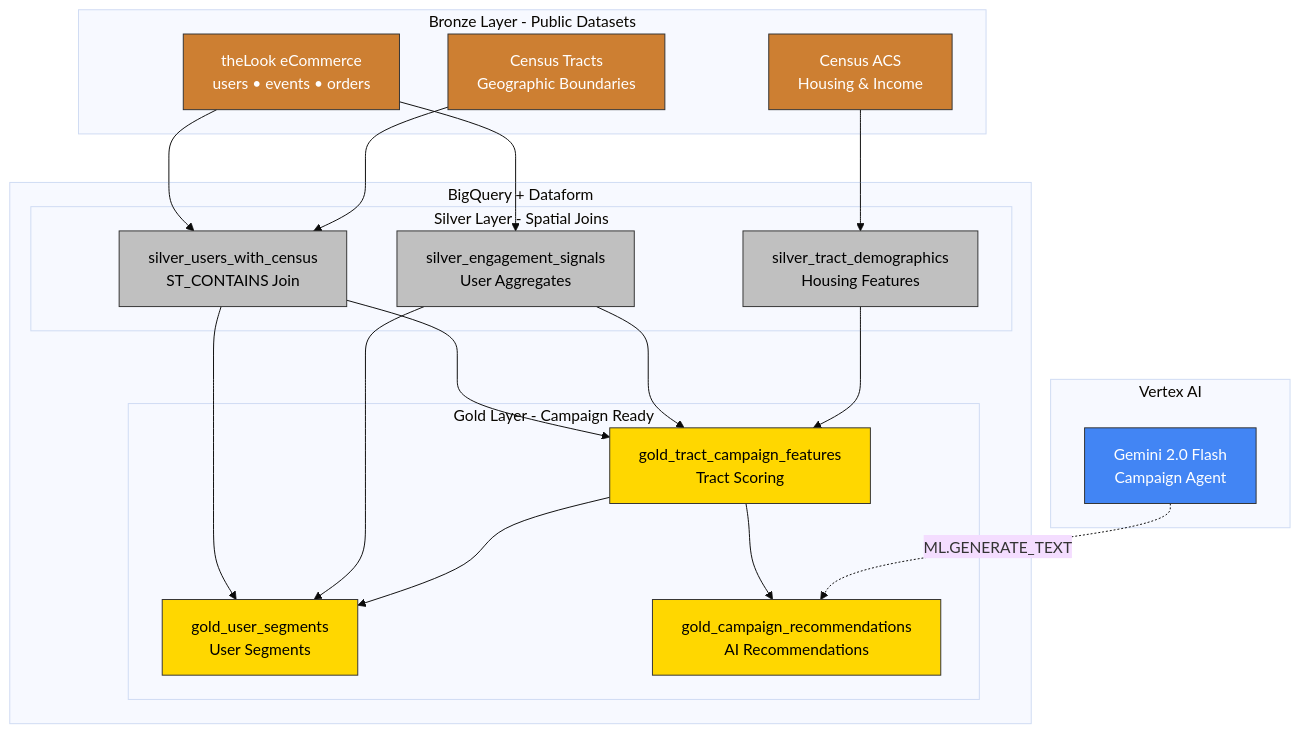
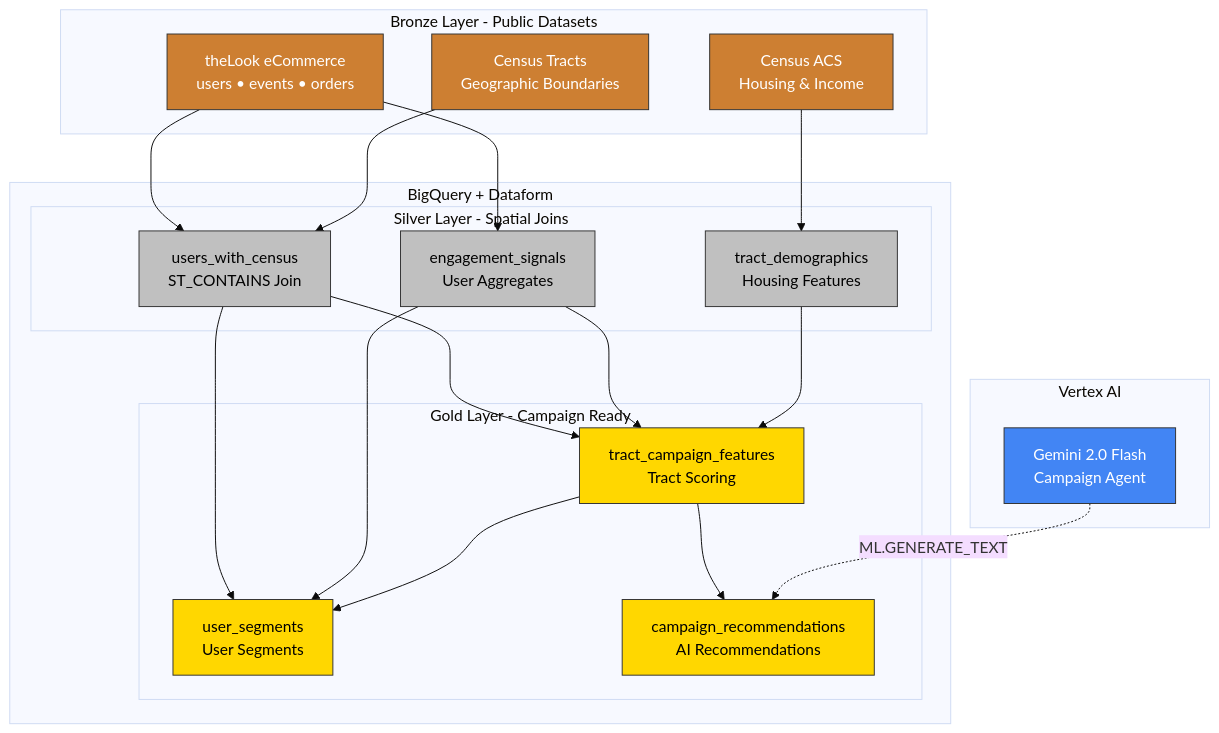
The second of 5 diagrams in docs/architecture.md (gCloud-Tech-Showcase/Data-Cloud), drawn with Mermaid (base theme) before and after one commit. The commit also changed other lines of this file, not shown here.

First line of the commit message:
Simplify architecture diagram labels by removing layer prefixes

````diff
--- a/docs/architecture.md
+++ b/docs/architecture.md
@@ -68,52 +68,52 @@
 ```mermaid
 graph TB
     subgraph "Bronze Layer - Public Datasets"
         THELOOK[theLook eCommerce<br/>users • events • orders]
         CENSUS_GEO[Census Tracts<br/>Geographic Boundaries]
         CENSUS_ACS[Census ACS<br/>Housing & Income]
     end
 
     subgraph "BigQuery + Dataform"
         subgraph "Silver Layer - Spatial Joins"
-            SILVER_USERS[silver_users_with_census<br/>ST_CONTAINS Join]
-            SILVER_ENGAGE[silver_engagement_signals<br/>User Aggregates]
-            SILVER_DEMO[silver_tract_demographics<br/>Housing Features]
+            SILVER_USERS[users_with_census<br/>ST_CONTAINS Join]
+            SILVER_ENGAGE[engagement_signals<br/>User Aggregates]
+            SILVER_DEMO[tract_demographics<br/>Housing Features]
         end
 
         subgraph "Gold Layer - Campaign Ready"
-            GOLD_TRACT[gold_tract_campaign_features<br/>Tract Scoring]
-            GOLD_SEG[gold_user_segments<br/>User Segments]
-            GOLD_REC[gold_campaign_recommendations<br/>AI Recommendations]
+            GOLD_TRACT[tract_campaign_features<br/>Tract Scoring]
+            GOLD_SEG[user_segments<br/>User Segments]
+            GOLD_REC[campaign_recommendations<br/>AI Recommendations]
         end
     end
 
     subgraph "Vertex AI"
         GEMINI_AGENT[Gemini 2.0 Flash<br/>Campaign Agent]
     end
 
     THELOOK --> SILVER_USERS
     THELOOK --> SILVER_ENGAGE
     CENSUS_GEO --> SILVER_USERS
     CENSUS_ACS --> SILVER_DEMO
 
     SILVER_USERS --> GOLD_TRACT
     SILVER_ENGAGE --> GOLD_TRACT
     SILVER_DEMO --> GOLD_TRACT
 
     SILVER_USERS --> GOLD_SEG
     SILVER_ENGAGE --> GOLD_SEG
     GOLD_TRACT --> GOLD_SEG
 
     GOLD_TRACT --> GOLD_REC
     GEMINI_AGENT -.-> |ML.GENERATE_TEXT| GOLD_REC
 
     classDef bronze fill:#cd7f32,stroke:#333,color:#fff
     classDef silver fill:#c0c0c0,stroke:#333,color:#000
     classDef gold fill:#ffd700,stroke:#333,color:#000
     classDef external fill:#4285f4,stroke:#333,color:#fff
 
     class THELOOK,CENSUS_GEO,CENSUS_ACS bronze
     class SILVER_USERS,SILVER_ENGAGE,SILVER_DEMO silver
     class GOLD_TRACT,GOLD_SEG,GOLD_REC gold
     class GEMINI_AGENT external
 ```
````
